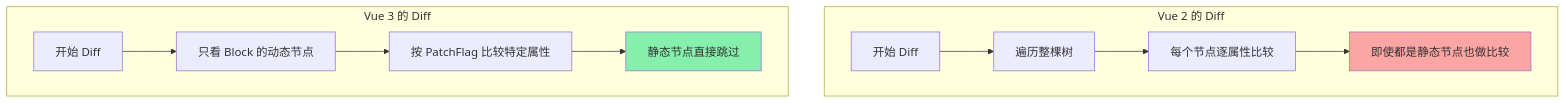
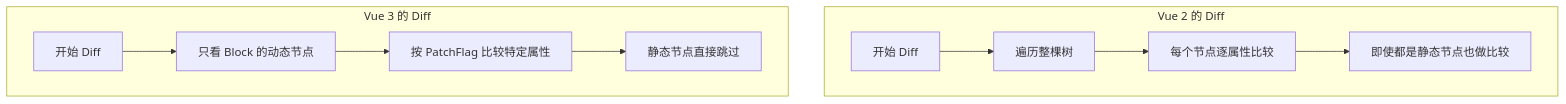
One commit to TonyXY/frontend-interview changed the second of 2 diagrams in docs/frameworks/vue-compile-optimize.md. Above: the diagram before and after it, drawn with Mermaid. The commit also changed 7 other files, not shown here.

First line of the commit message:
refactor: upgrade graph→flowchart, optimize interview swimlane to LR

````diff
--- a/docs/frameworks/vue-compile-optimize.md
+++ b/docs/frameworks/vue-compile-optimize.md
@@ -237,17 +237,16 @@
 ```mermaid
-graph TD
+flowchart TD
     subgraph Vue 2 的 Diff
         A1[开始 Diff] --> B1[遍历整棵树]
         B1 --> C1[每个节点逐属性比较]
         C1 --> D1[即使都是静态节点也做比较]
     end
     
     subgraph Vue 3 的 Diff
         A2[开始 Diff] --> B2[只看 Block 的动态节点]
         B2 --> C2[按 PatchFlag 比较特定属性]
         C2 --> D2[静态节点直接跳过]
     end
     
-    style D1 fill:#fca5a5
-    style D2 fill:#86efac
+
 ```
````
